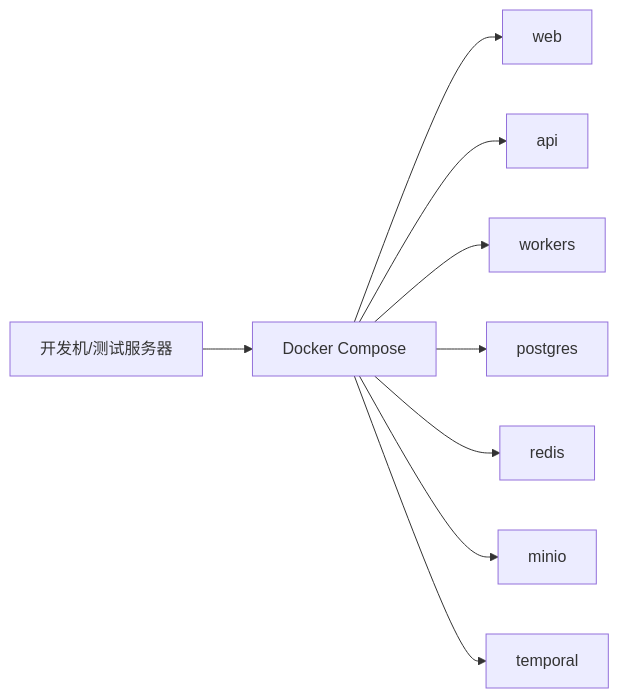
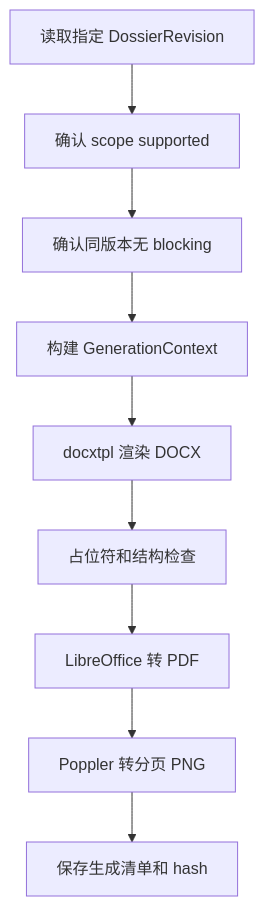
The third of 3 diagrams in outputs/后端技术方案_全国版强制执行材料生成助手.md (LanShiLiang/CaseFilingAssistant), drawn with Mermaid before and after one commit. The commit also changed other lines of this file and 5 other files, not shown here.

````diff
--- a/outputs/后端技术方案_全国版强制执行材料生成助手.md
+++ b/outputs/后端技术方案_全国版强制执行材料生成助手.md
@@ -375,11 +621,11 @@
 ```mermaid
-flowchart LR
-  Dev["开发机/测试服务器"] --> Compose["Docker Compose"]
-  Compose --> Web["web"]
-  Compose --> API["api"]
-  Compose --> Workers["workers"]
-  Compose --> PG["postgres"]
-  Compose --> Redis["redis"]
-  Compose --> MinIO["minio"]
-  Compose --> Temporal["temporal"]
+flowchart TD
+  A["读取指定 DossierRevision"] --> B["确认 scope supported"]
+  B --> C["确认同版本无 blocking"]
+  C --> D["构建 GenerationContext"]
+  D --> E["docxtpl 渲染 DOCX"]
+  E --> F["占位符和结构检查"]
+  F --> G["LibreOffice 转 PDF"]
+  G --> H["Poppler 转分页 PNG"]
+  H --> I["保存生成清单和 hash"]
 ```
````
